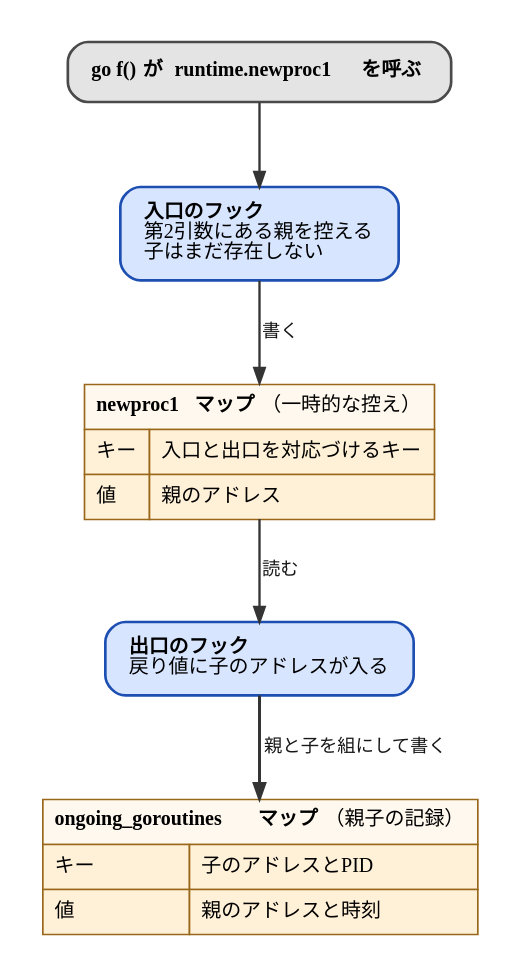
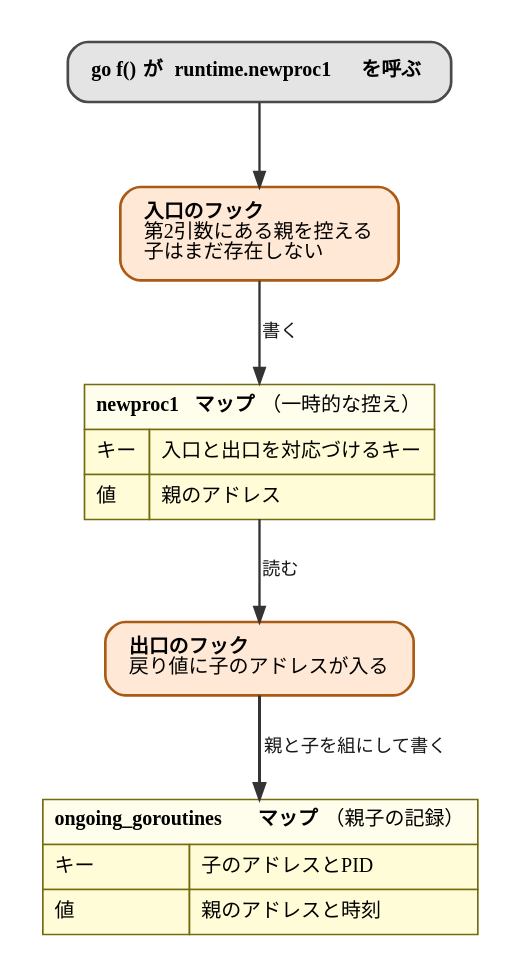
One commit to ymotongpoo/zenn.dev changed the diagram in diagrams/go-ebpf-primer/20260820-newproc1-map.dot. Above: the diagram before and after it, drawn with Graphviz. The commit also changed 109 other files, not shown here.

First line of the commit message:
change(go-ebpf-primer): 図の主系列/ストレージ/補助カテゴリをPrimary/Secondary色に再調整

```diff
--- a/diagrams/go-ebpf-primer/20260820-newproc1-map.dot
+++ b/diagrams/go-ebpf-primer/20260820-newproc1-map.dot
@@ -1,47 +1,47 @@
 // newproc1 の入口と出口で親子を記録する
 digraph newproc1_map {
   graph [
     fontname="IBM Plex Sans JP", fontsize=13,
     rankdir=TB, compound=true, splines=true,
     nodesep=0.5, ranksep=0.7, pad=0.25,
     bgcolor="white", newrank=true
   ];
   node [
     fontname="IBM Plex Sans JP", fontsize=12,
     shape=box, style="rounded,filled",
     fillcolor="#F1F1F1", color="#4A4A4A", penwidth=1.6,
     margin="0.2,0.14"
   ];
   edge [
     fontname="IBM Plex Sans JP", fontsize=11,
     color="#343434", penwidth=1.4, arrowsize=0.9,
     fontcolor="#171717"
   ];
 
   call [label=<<b><font face="JetBrains Mono">go f()</font> が <font face="JetBrains Mono">runtime.newproc1</font> を呼ぶ</b>>, fillcolor="#E4E4E4"];
 
   entry [label=<<b>入口のフック</b><br align="left"/>第2引数にある親を控える<br align="left"/>子はまだ存在しない<br align="left"/>>,
-         fillcolor="#D8E5FF", color="#1D4EB2"];
+         fillcolor="#FFE9D6", color="#AB5A13"];
 
   tmp [shape=plain, style="", label=<
-    <table border="0" cellborder="1" cellspacing="0" cellpadding="6" color="#996719">
-      <tr><td colspan="2" align="left" bgcolor="#FFF8EE"><b><font face="JetBrains Mono">newproc1</font> マップ</b>（一時的な控え）</td></tr>
-      <tr><td align="left" bgcolor="#FFF0D8">キー</td><td align="left" bgcolor="#FFF0D8">入口と出口を対応づけるキー</td></tr>
-      <tr><td align="left" bgcolor="#FFF0D8">値</td><td align="left" bgcolor="#FFF0D8">親のアドレス</td></tr>
+    <table border="0" cellborder="1" cellspacing="0" cellpadding="6" color="#736B10">
+      <tr><td colspan="2" align="left" bgcolor="#FFFEED"><b><font face="JetBrains Mono">newproc1</font> マップ</b>（一時的な控え）</td></tr>
+      <tr><td align="left" bgcolor="#FFFCD7">キー</td><td align="left" bgcolor="#FFFCD7">入口と出口を対応づけるキー</td></tr>
+      <tr><td align="left" bgcolor="#FFFCD7">値</td><td align="left" bgcolor="#FFFCD7">親のアドレス</td></tr>
     </table>>];
 
   ret [label=<<b>出口のフック</b><br align="left"/>戻り値に子のアドレスが入る<br align="left"/>>,
-       fillcolor="#D8E5FF", color="#1D4EB2"];
+       fillcolor="#FFE9D6", color="#AB5A13"];
 
   ongoing [shape=plain, style="", label=<
-    <table border="0" cellborder="1" cellspacing="0" cellpadding="6" color="#996719">
-      <tr><td colspan="2" align="left" bgcolor="#FFF8EE"><b><font face="JetBrains Mono">ongoing_goroutines</font> マップ</b>（親子の記録）</td></tr>
-      <tr><td align="left" bgcolor="#FFF0D8">キー</td><td align="left" bgcolor="#FFF0D8">子のアドレスとPID</td></tr>
-      <tr><td align="left" bgcolor="#FFF0D8">値</td><td align="left" bgcolor="#FFF0D8">親のアドレスと時刻</td></tr>
+    <table border="0" cellborder="1" cellspacing="0" cellpadding="6" color="#736B10">
+      <tr><td colspan="2" align="left" bgcolor="#FFFEED"><b><font face="JetBrains Mono">ongoing_goroutines</font> マップ</b>（親子の記録）</td></tr>
+      <tr><td align="left" bgcolor="#FFFCD7">キー</td><td align="left" bgcolor="#FFFCD7">子のアドレスとPID</td></tr>
+      <tr><td align="left" bgcolor="#FFFCD7">値</td><td align="left" bgcolor="#FFFCD7">親のアドレスと時刻</td></tr>
     </table>>];
 
   call -> entry;
   entry -> tmp [label=" 書く"];
   tmp -> ret [label=" 読む"];
   ret -> ongoing [label=" 親と子を組にして書く", penwidth=1.8];
 }
```
